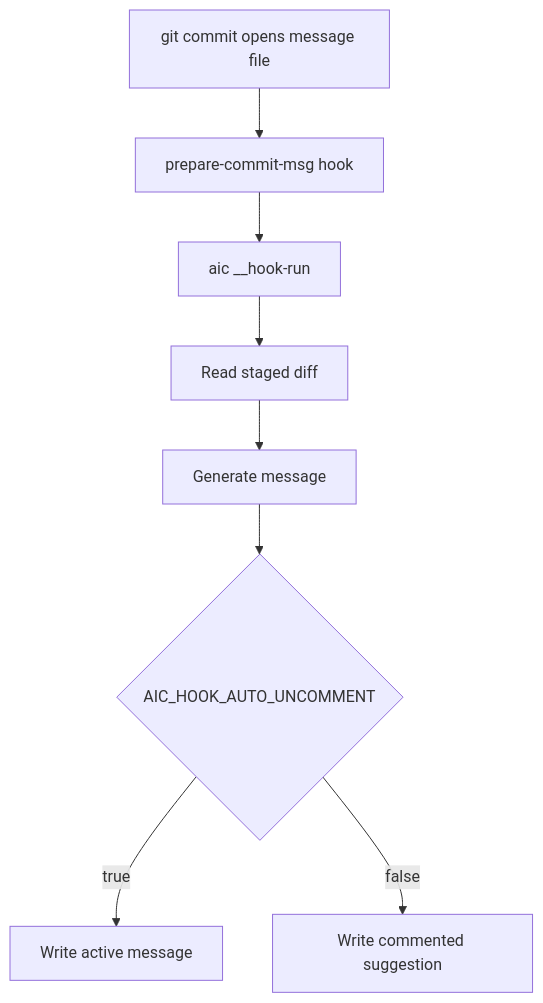
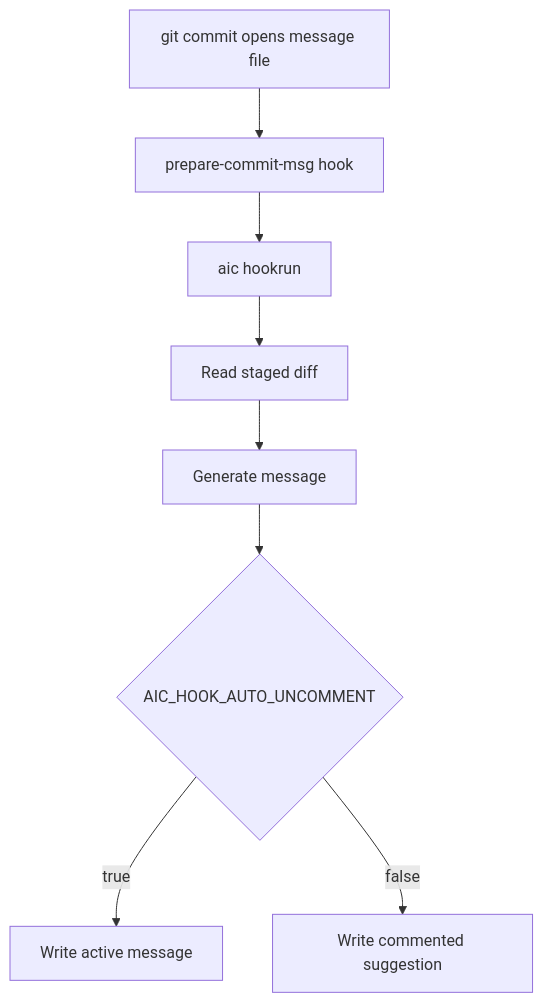
The diagram in docs/hooks.md (russmckendrick/aicommit), drawn with Mermaid before and after one commit. The commit also changed 13 other files, not shown here.

````diff
--- a/docs/hooks.md
+++ b/docs/hooks.md
@@ -17,10 +17,10 @@
 ```mermaid
 flowchart TD
     A["git commit opens message file"] --> B["prepare-commit-msg hook"]
-    B --> C["aic __hook-run"]
+    B --> C["aic hookrun"]
     C --> D["Read staged diff"]
     D --> E["Generate message"]
     E --> F{"AIC_HOOK_AUTO_UNCOMMENT"}
     F -->|true| G["Write active message"]
     F -->|false| H["Write commented suggestion"]
 ```
````
